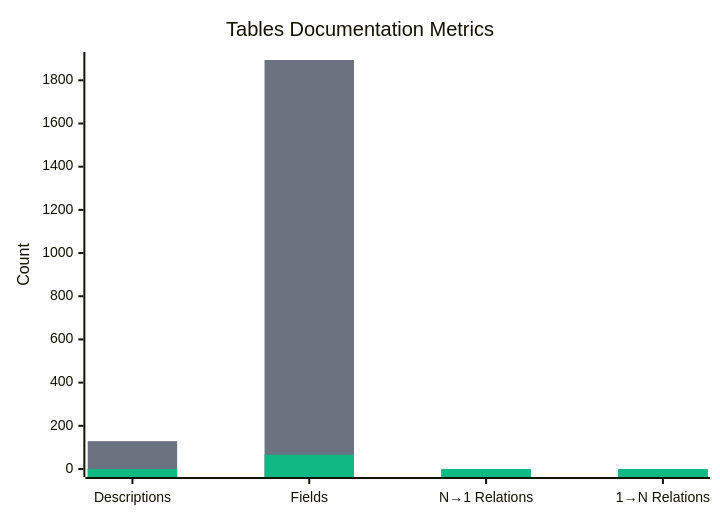
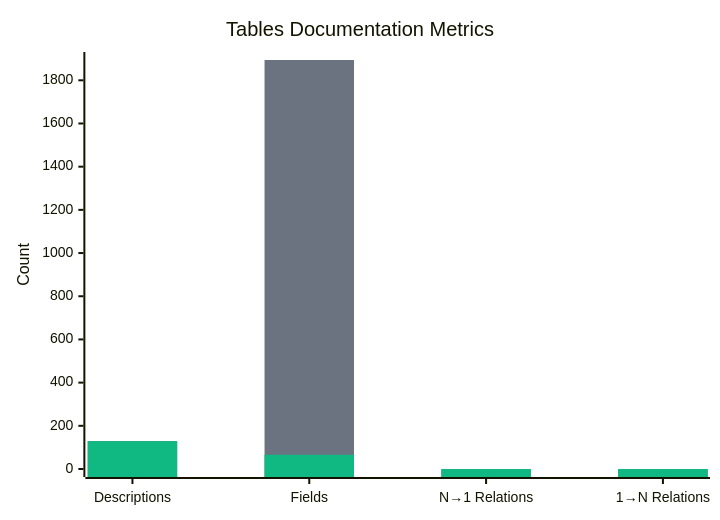
One commit to synthotec/synthotec.github.io changed the fourth of 4 diagrams in Documentation/SynthoTec-4D/Overview.md. Above: the diagram before and after it, drawn with Mermaid. The commit also changed other lines of this file, not shown here.

Commit message:
Update documentation progress and chart data
Refreshed the 'Last Updated' timestamp and corrected the xychart-beta bar data in the SynthoTec-4D overview documentation.

````diff
--- a/Documentation/SynthoTec-4D/Overview.md
+++ b/Documentation/SynthoTec-4D/Overview.md
@@ -58,9 +58,9 @@
 ```mermaid
 %%{init: {'theme':'base', 'themeVariables': {'xyChart': {'backgroundColor': 'transparent', 'plotColorPalette': '#6b7280, #10b981'}}}}%%
 xychart-beta
     title "Tables Documentation Metrics"
     x-axis ["Descriptions", "Fields", "N→1 Relations", "1→N Relations"]
     y-axis "Count" 0 --> 1894
     bar [129, 1894, 0, 0]
-    bar [0, 66, 0, 0]
+    bar [129, 66, 0, 0]
 ```
````
